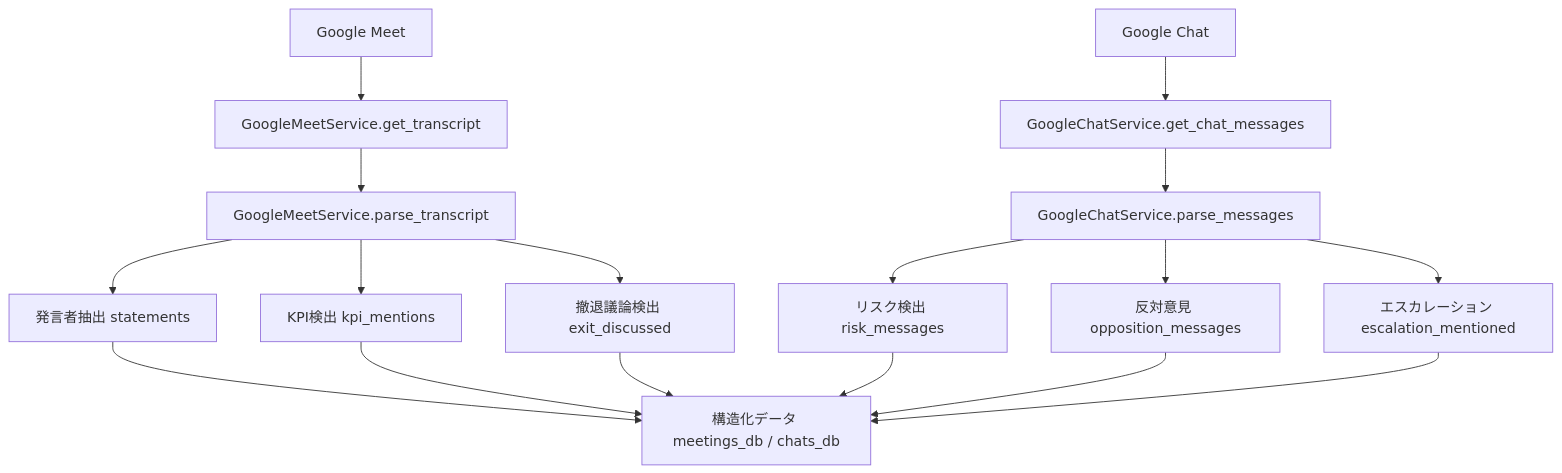
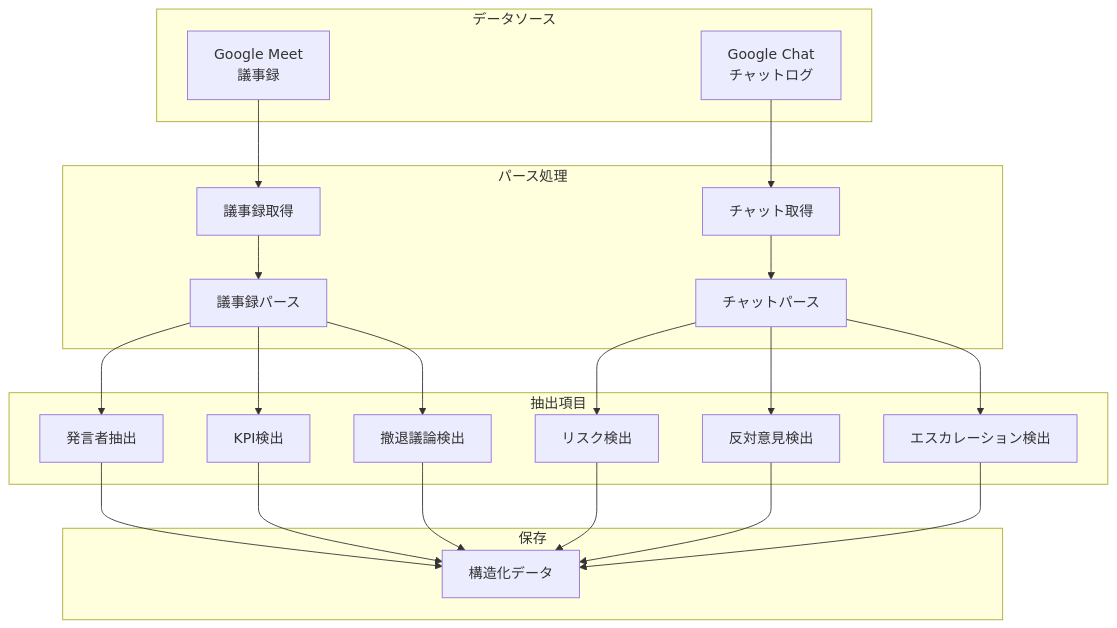
The third of 7 diagrams in docs/ZENN記事_v04.md (killertcell428/Helm), drawn with Mermaid before and after one commit. The commit also changed other lines of this file and 12 other files, not shown here.

````diff
--- a/docs/ZENN記事_v04.md
+++ b/docs/ZENN記事_v04.md
@@ -231,19 +234,38 @@
 ```mermaid
 flowchart TD
-    A[Google Meet] --> B[GoogleMeetService.get_transcript]
-    A2[Google Chat] --> B2[GoogleChatService.get_chat_messages]
-    B --> C[GoogleMeetService.parse_transcript]
-    B2 --> C2[GoogleChatService.parse_messages]
-    C --> D[発言者抽出 statements]
-    C --> E[KPI検出 kpi_mentions]
-    C --> F[撤退議論検出 exit_discussed]
-    C2 --> G[リスク検出 risk_messages]
-    C2 --> G2[反対意見 opposition_messages]
-    C2 --> G3[エスカレーション escalation_mentioned]
-    D --> H[構造化データ meetings_db / chats_db]
+    subgraph SOURCE["データソース"]
+        A[Google Meet<br/>議事録]
+        A2[Google Chat<br/>チャットログ]
+    end
+
+    subgraph PARSE["パース処理"]
+        B[議事録取得]
+        B2[チャット取得]
+        C[議事録パース]
+        C2[チャットパース]
+    end
+
+    subgraph EXTRACT["抽出項目"]
+        D[発言者抽出]
+        E[KPI検出]
+        F[撤退議論検出]
+        G[リスク検出]
+        G2[反対意見検出]
+        G3[エスカレーション検出]
+    end
+
+    subgraph STORE["保存"]
+        H[構造化データ]
+    end
+
+    A --> B --> C
+    A2 --> B2 --> C2
+    C --> D & E & F
+    C2 --> G & G2 & G3
+    D --> H
     E --> H
     F --> H
     G --> H
     G2 --> H
     G3 --> H
 ```
````
